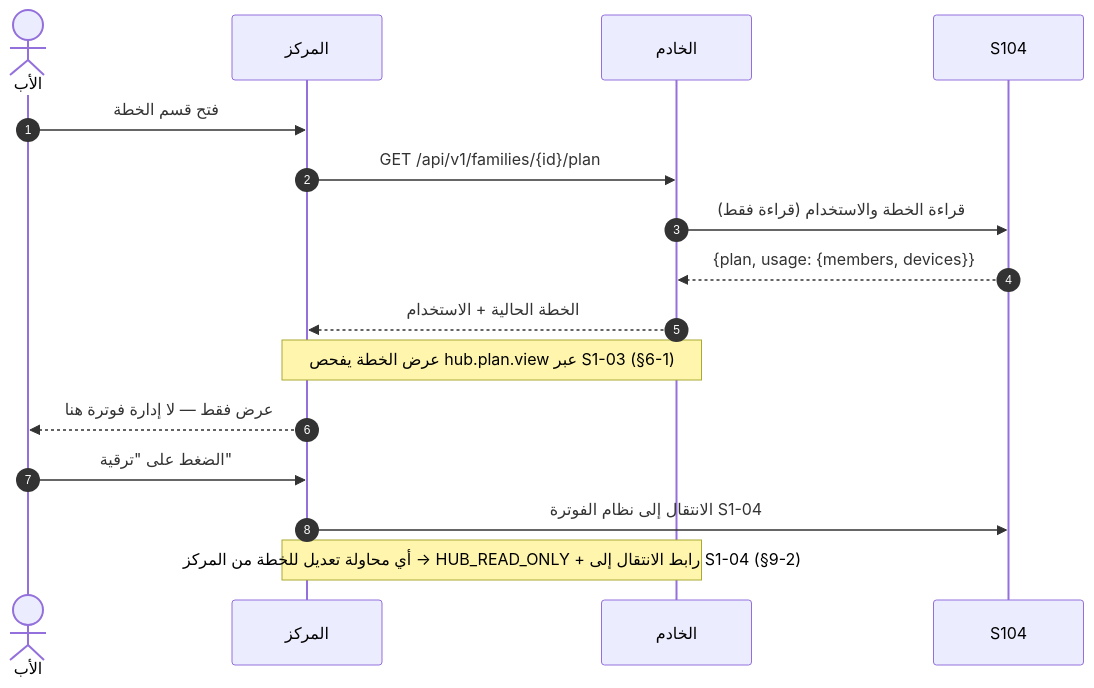
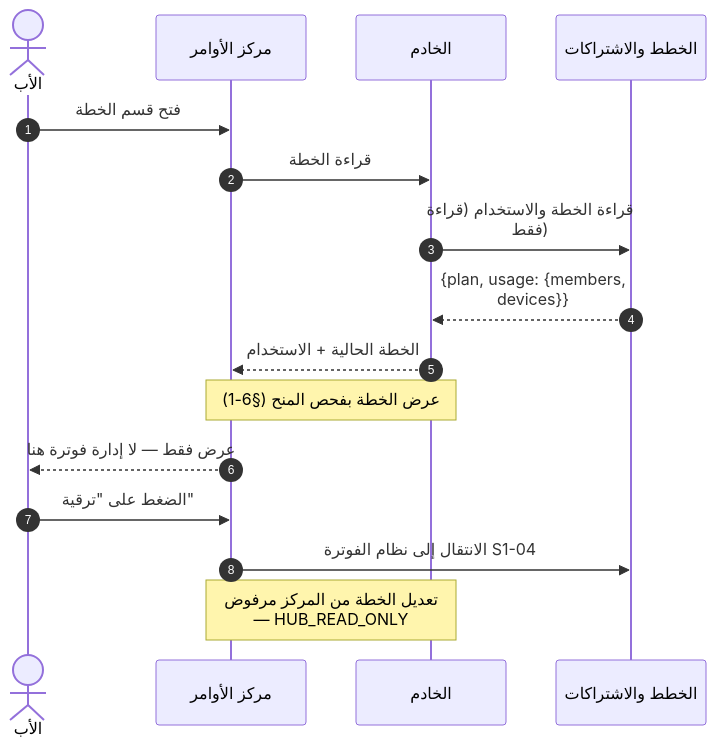
Before and after one commit to Bassam-mohammed-alqaeadi/family-os-v2: the tenth of 33 diagrams in docs/family-os/governance/phases/phase-1/S1-09-command-center-and-settings/DIAGRAMS.md, drawn with Mermaid. The commit also changed other lines of this file, not shown here.

````diff
--- a/docs/family-os/governance/phases/phase-1/S1-09-command-center-and-settings/DIAGRAMS.md
+++ b/docs/family-os/governance/phases/phase-1/S1-09-command-center-and-settings/DIAGRAMS.md
@@ -328,18 +425,19 @@
 ```mermaid
+%%{init: {"sequence": {"wrap": true}}}%%
 sequenceDiagram
     autonumber
     actor Father as الأب
-    participant Hub as المركز
+    participant S109 as مركز الأوامر
     participant Ktor as الخادم
-    participant S104 as S104
-    Father->>Hub: فتح قسم الخطة
-    Hub->>Ktor: GET /api/v1/families/{id}/plan
+    participant S104 as الخطط والاشتراكات
+    Father->>S109: فتح قسم الخطة
+    S109->>Ktor: قراءة الخطة
     Ktor->>S104: قراءة الخطة والاستخدام (قراءة فقط)
     S104-->>Ktor: {plan, usage: {members, devices}}
-    Ktor-->>Hub: الخطة الحالية + الاستخدام
-    Note over Hub,Ktor: عرض الخطة يفحص hub.plan.view عبر S1-03 (§6-1)
-    Hub-->>Father: عرض فقط — لا إدارة فوترة هنا
-    Father->>Hub: الضغط على "ترقية"
-    Hub->>S104: الانتقال إلى نظام الفوترة S1-04
-    Note over Hub,Ktor: أي محاولة تعديل للخطة من المركز → HUB_READ_ONLY + رابط الانتقال إلى S1-04 (§9-2)
+    Ktor-->>S109: الخطة الحالية + الاستخدام
+    Note over S109,Ktor: عرض الخطة بفحص المنح (§6-1)
+    S109-->>Father: عرض فقط — لا إدارة فوترة هنا
+    Father->>S109: الضغط على "ترقية"
+    S109->>S104: الانتقال إلى نظام الفوترة S1-04
+    Note over S109,Ktor: تعديل الخطة من المركز مرفوض — HUB_READ_ONLY
 ```
````
